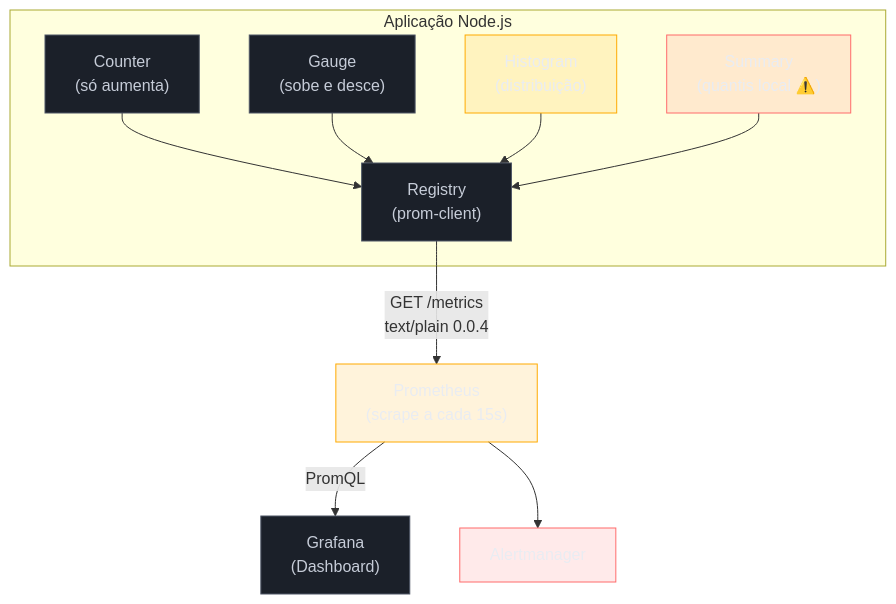
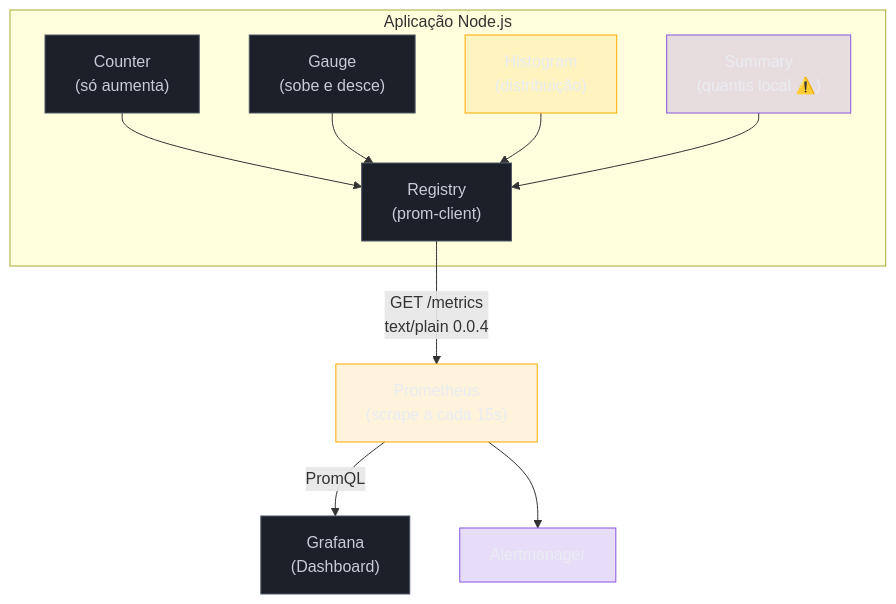
Before and after one commit to josenaldo/codex-technomanticus: the diagram in 03-Dominios/Tecnologia/Node/Observability e produção/04 - Métricas com prom-client.md, drawn with Mermaid. The commit also changed 601 other files, not shown here.

````diff
--- a/03-Dominios/Tecnologia/Node/Observability e produção/04 - Métricas com prom-client.md
+++ b/03-Dominios/Tecnologia/Node/Observability e produção/04 - Métricas com prom-client.md
@@ -33,25 +33,25 @@
 ```mermaid
 flowchart TB
+    classDef marca fill:#8855DF33,stroke:#8855DF,color:#E9ECF2
     classDef neutro fill:#1B2029,stroke:#4E5666,color:#C6CCD8
     classDef destaque fill:#FFAA0024,stroke:#FFAA00,color:#E9ECF2
-    classDef falha fill:#FF6B6B24,stroke:#FF6B6B,color:#E9ECF2
     subgraph app["Aplicação Node.js"]
         C["Counter\n(só aumenta)"]
         G["Gauge\n(sobe e desce)"]
         H["Histogram\n(distribuição)"]
         S["Summary\n(quantis local ⚠️)"]
         C & G & H & S --> R["Registry\n(prom-client)"]
     end
     R -->|"GET /metrics\ntext/plain 0.0.4"| P["Prometheus\n(scrape a cada 15s)"]
     P -->|"PromQL"| GF["Grafana\n(Dashboard)"]
     P --> AL["Alertmanager"]
 
     class R neutro
     class C neutro
     class G neutro
     class H destaque
-    class S falha
+    class S marca
     class P destaque
     class GF neutro
-    class AL falha
+    class AL marca
 ```
````
